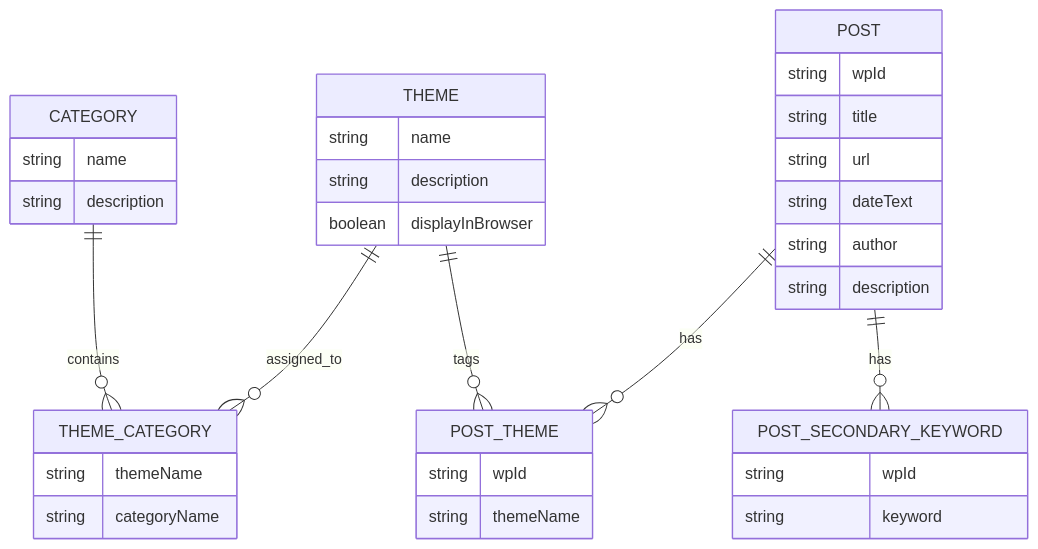
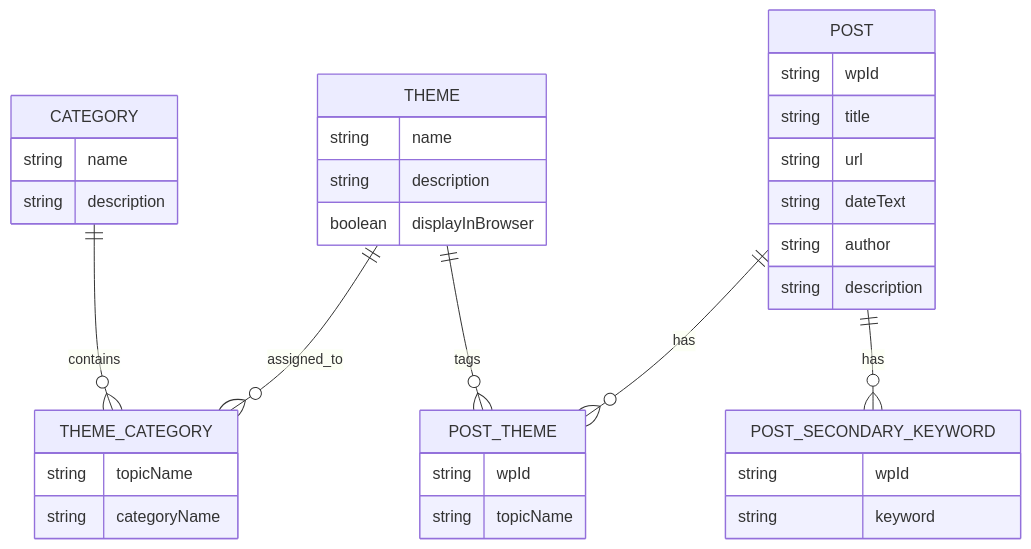
The second of 3 diagrams in docs/wordpress_json_integration_guide.md (SteveEastin123/bart-blog-demo), drawn with Mermaid before and after one commit. The commit also changed other lines of this file and 11 other files, not shown here.

````diff
--- a/docs/wordpress_json_integration_guide.md
+++ b/docs/wordpress_json_integration_guide.md
@@ -70,43 +70,43 @@
 ```mermaid
 erDiagram
     CATEGORY ||--o{ THEME_CATEGORY : contains
     THEME ||--o{ THEME_CATEGORY : assigned_to
     THEME ||--o{ POST_THEME : tags
     POST ||--o{ POST_THEME : has
     POST ||--o{ POST_SECONDARY_KEYWORD : has
 
     CATEGORY {
         string name
         string description
     }
 
     THEME {
         string name
         string description
         boolean displayInBrowser
     }
 
     POST {
         string wpId
         string title
         string url
         string dateText
         string author
         string description
     }
 
     THEME_CATEGORY {
-        string themeName
+        string topicName
         string categoryName
     }
 
     POST_THEME {
         string wpId
-        string themeName
+        string topicName
     }
 
     POST_SECONDARY_KEYWORD {
         string wpId
         string keyword
     }
 ```
````
